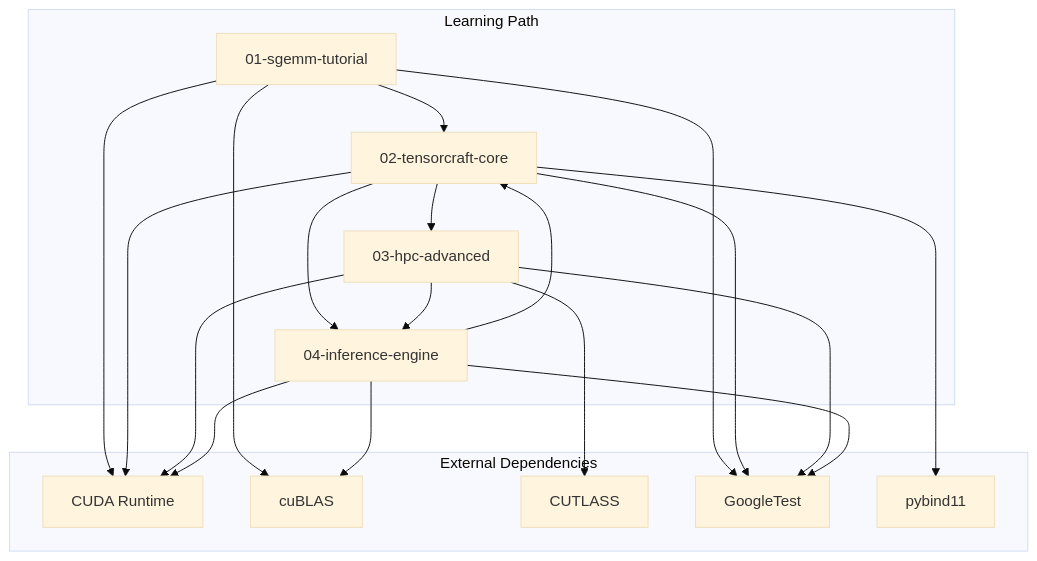
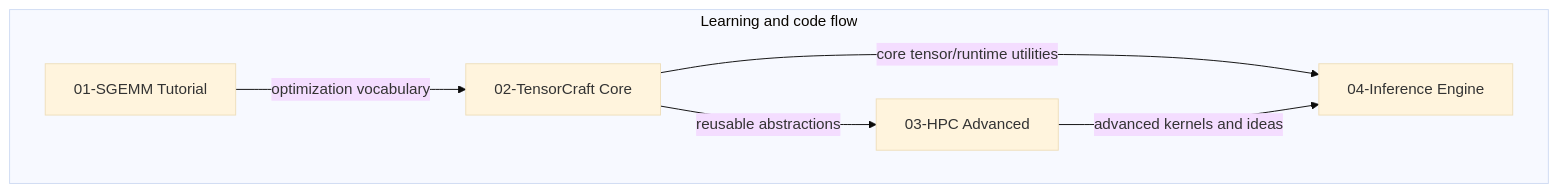
One commit to LessUp/cuda-kernel-academy changed the first of 2 diagrams in docs/en/whitepaper/architecture.md. Above: the diagram before and after it, drawn with Mermaid (base theme). The commit also changed other lines of this file and 45 other files, not shown here.

````diff
--- a/docs/en/whitepaper/architecture.md
+++ b/docs/en/whitepaper/architecture.md
@@ -42,36 +35,14 @@
 ```mermaid
 flowchart TB
-    subgraph Learning Path
-        M1[01-sgemm-tutorial]
-        M2[02-tensorcraft-core]
-        M3[03-hpc-advanced]
-        M4[04-inference-engine]
+    subgraph Learning and code flow
+        M1[01-SGEMM Tutorial]
+        M2[02-TensorCraft Core]
+        M3[03-HPC Advanced]
+        M4[04-Inference Engine]
     end
-    
-    M1 --> M2
-    M2 --> M3
-    M2 --> M4
-    M3 --> M4
-    
-    subgraph External Dependencies
-        CUDA[CUDA Runtime]
-        cuBLAS[cuBLAS]
-        CUTLASS[CUTLASS]
-        GTest[GoogleTest]
-        pybind[pybind11]
-    end
-    
-    M1 --> CUDA
-    M1 --> cuBLAS
-    M1 --> GTest
-    M2 --> CUDA
-    M2 --> pybind
-    M2 --> GTest
-    M3 --> CUDA
-    M3 --> CUTLASS
-    M3 --> GTest
-    M4 --> M2
-    M4 --> CUDA
-    M4 --> cuBLAS
-    M4 --> GTest
+
+    M1 -->|optimization vocabulary| M2
+    M2 -->|reusable abstractions| M3
+    M2 -->|core tensor/runtime utilities| M4
+    M3 -->|advanced kernels and ideas| M4
 ```
````
